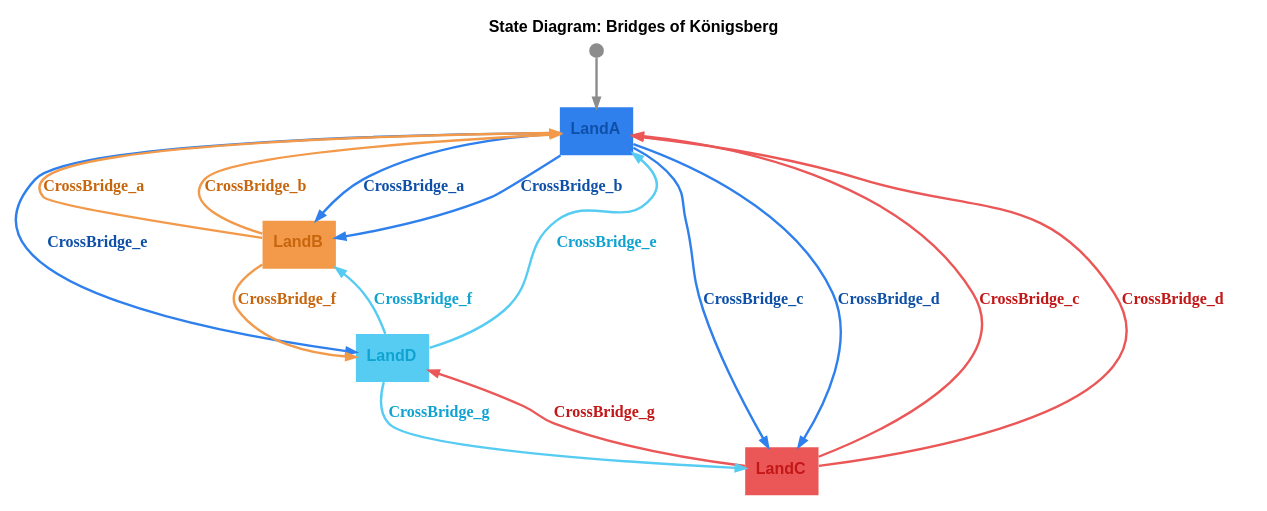
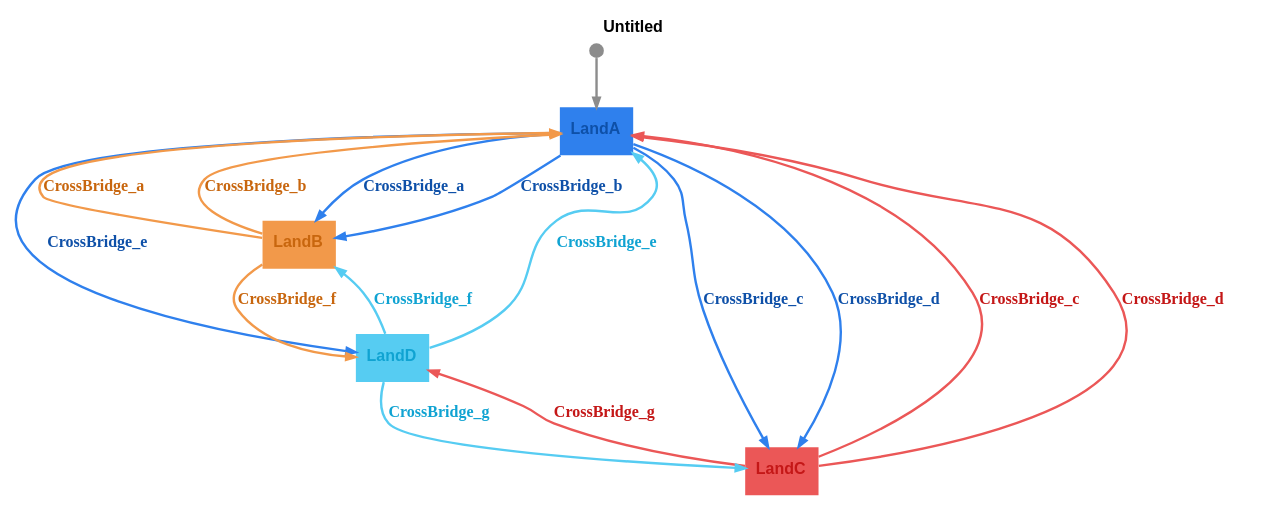
One commit to m-bock/purescript-transit changed the diagram in graphs/bridges-koenigsberg.dot. Above: the diagram before and after it, drawn with Graphviz. The commit also changed 11 other files, not shown here.

```diff
--- a/graphs/bridges-koenigsberg.dot
+++ b/graphs/bridges-koenigsberg.dot
@@ -1,24 +1,24 @@
 digraph 
 {
-rankdir = "TD";fontname = "Arial";label = <<b>State Diagram: Bridges of Königsberg</b>>;labelloc = "t";fontsize = 12
+rankdir = "TD";fontname = "Arial";label = <<b>Untitled</b>>;labelloc = "t";fontsize = 12
 LandA [shape = "box", label = <<b>LandA</b>>, fontsize = 12, style = "filled", fillcolor = "#2f80ed", fontcolor = "#0e50a8", fontname = "Arial", labelloc = "c", penwidth = 0.0]
 __Start__ [shape = "circle", label = "", width = 0.15, height = 0.15, fixedsize = true, style = "filled", fillcolor = "#8c8c8c", penwidth = 0.0]
 __Start__ -> LandA [color = "#8c8c8c", fontsize = 12, arrowsize = "0.7", penwidth = 1.8]
 LandA -> LandB [color = "#2f80ed", fontcolor = "#0e50a8", fontsize = 12, arrowsize = "0.7", label = <<b>CrossBridge_a</b>>, penwidth = 1.8]
 LandA -> LandB [color = "#2f80ed", fontcolor = "#0e50a8", fontsize = 12, arrowsize = "0.7", label = <<b>CrossBridge_b</b>>, penwidth = 1.8]
 LandA -> LandC [color = "#2f80ed", fontcolor = "#0e50a8", fontsize = 12, arrowsize = "0.7", label = <<b>CrossBridge_c</b>>, penwidth = 1.8]
 LandA -> LandC [color = "#2f80ed", fontcolor = "#0e50a8", fontsize = 12, arrowsize = "0.7", label = <<b>CrossBridge_d</b>>, penwidth = 1.8]
 LandA -> LandD [color = "#2f80ed", fontcolor = "#0e50a8", fontsize = 12, arrowsize = "0.7", label = <<b>CrossBridge_e</b>>, penwidth = 1.8]
 LandB [shape = "box", label = <<b>LandB</b>>, fontsize = 12, style = "filled", fillcolor = "#f2994a", fontcolor = "#c8660e", fontname = "Arial", labelloc = "c", penwidth = 0.0]
 LandB -> LandA [color = "#f2994a", fontcolor = "#c8660e", fontsize = 12, arrowsize = "0.7", label = <<b>CrossBridge_a</b>>, penwidth = 1.8]
 LandB -> LandA [color = "#f2994a", fontcolor = "#c8660e", fontsize = 12, arrowsize = "0.7", label = <<b>CrossBridge_b</b>>, penwidth = 1.8]
 LandB -> LandD [color = "#f2994a", fontcolor = "#c8660e", fontsize = 12, arrowsize = "0.7", label = <<b>CrossBridge_f</b>>, penwidth = 1.8]
 LandC [shape = "box", label = <<b>LandC</b>>, fontsize = 12, style = "filled", fillcolor = "#eb5757", fontcolor = "#c41717", fontname = "Arial", labelloc = "c", penwidth = 0.0]
 LandC -> LandA [color = "#eb5757", fontcolor = "#c41717", fontsize = 12, arrowsize = "0.7", label = <<b>CrossBridge_c</b>>, penwidth = 1.8]
 LandC -> LandA [color = "#eb5757", fontcolor = "#c41717", fontsize = 12, arrowsize = "0.7", label = <<b>CrossBridge_d</b>>, penwidth = 1.8]
 LandC -> LandD [color = "#eb5757", fontcolor = "#c41717", fontsize = 12, arrowsize = "0.7", label = <<b>CrossBridge_g</b>>, penwidth = 1.8]
 LandD [shape = "box", label = <<b>LandD</b>>, fontsize = 12, style = "filled", fillcolor = "#56ccf2", fontcolor = "#10a3d2", fontname = "Arial", labelloc = "c", penwidth = 0.0]
 LandD -> LandA [color = "#56ccf2", fontcolor = "#10a3d2", fontsize = 12, arrowsize = "0.7", label = <<b>CrossBridge_e</b>>, penwidth = 1.8]
 LandD -> LandB [color = "#56ccf2", fontcolor = "#10a3d2", fontsize = 12, arrowsize = "0.7", label = <<b>CrossBridge_f</b>>, penwidth = 1.8]
 LandD -> LandC [color = "#56ccf2", fontcolor = "#10a3d2", fontsize = 12, arrowsize = "0.7", label = <<b>CrossBridge_g</b>>, penwidth = 1.8]
 }
```
